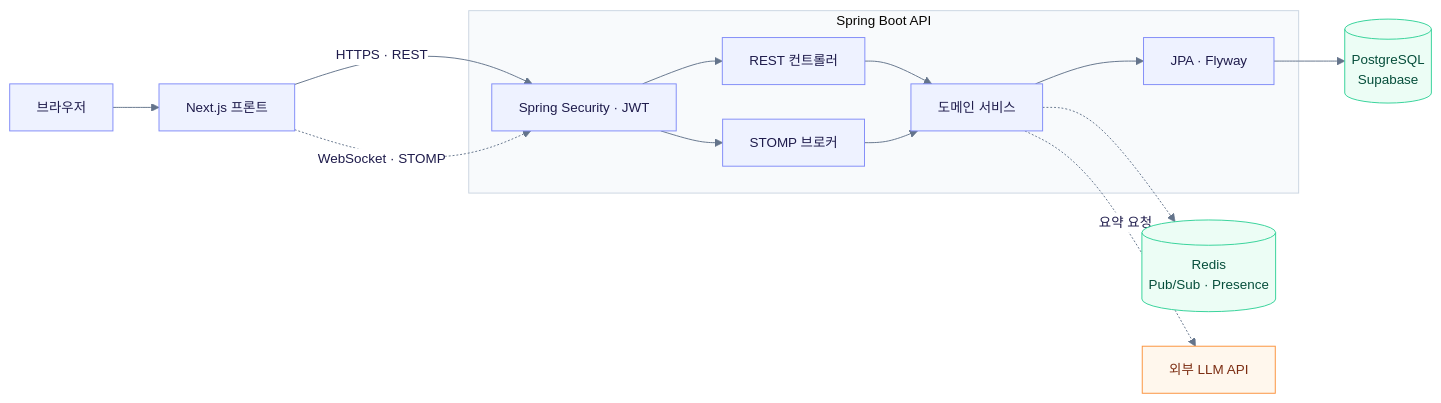
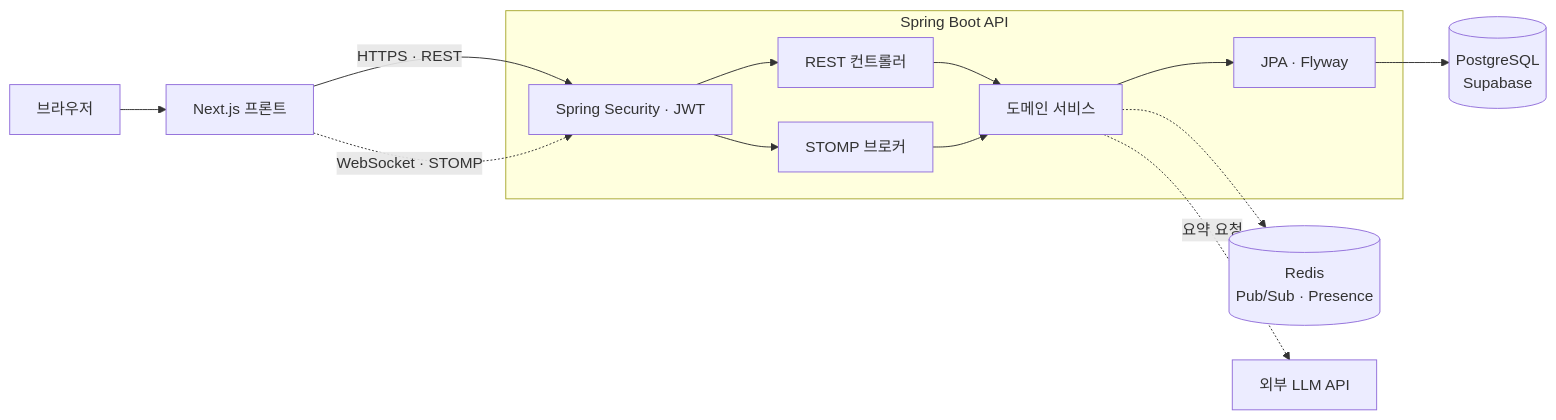
One commit to wjsgusdn12/naverworks_clone_api changed the first of 15 diagrams in README.md. Above: the diagram before and after it, drawn with Mermaid. The commit also changed other lines of this file and 26 other files, not shown here.

````diff
--- a/README.md
+++ b/README.md
@@ -27,8 +27,6 @@
 ```mermaid
 ---
 config:
-  theme: base
-  fontFamily: "Pretendard, Malgun Gothic, Apple SD Gothic Neo, Noto Sans KR, sans-serif"
   markdownAutoWrap: false
   flowchart:
     curve: basis
@@ -36,47 +34,6 @@
     nodeSpacing: 36
     rankSpacing: 48
     wrappingWidth: 800
-  themeVariables:
-    fontSize: 14px
-    primaryColor: "#eef2ff"
-    primaryTextColor: "#1e1b4b"
-    primaryBorderColor: "#818cf8"
-    secondaryColor: "#f0f9ff"
-    secondaryBorderColor: "#7dd3fc"
-    tertiaryColor: "#f8fafc"
-    tertiaryBorderColor: "#cbd5e1"
-    lineColor: "#64748b"
-    textColor: "#1e293b"
-    clusterBkg: "#f8fafc"
-    clusterBorder: "#cbd5e1"
-    edgeLabelBackground: "#ffffff"
-    nodeBorder: "#818cf8"
-    mainBkg: "#eef2ff"
-    actorBkg: "#eef2ff"
-    actorBorder: "#818cf8"
-    actorTextColor: "#1e1b4b"
-    actorLineColor: "#cbd5e1"
-    signalColor: "#334155"
-    signalTextColor: "#334155"
-    labelBoxBkgColor: "#f1f5f9"
-    labelBoxBorderColor: "#cbd5e1"
-    noteBkgColor: "#fef3c7"
-    noteBorderColor: "#fbbf24"
-    noteTextColor: "#78350f"
-    activationBkgColor: "#e0e7ff"
-    activationBorderColor: "#818cf8"
-    cScale0: "#6366f1"
-    cScale1: "#0ea5e9"
-    cScale2: "#10b981"
-    cScale3: "#f59e0b"
-    cScale4: "#ec4899"
-    cScaleLabel0: "#ffffff"
-    cScaleLabel1: "#ffffff"
-    cScaleLabel2: "#ffffff"
-    cScaleLabel3: "#ffffff"
-    cScaleLabel4: "#ffffff"
-    attributeBackgroundColorEven: "#f8fafc"
-    attributeBackgroundColorOdd: "#ffffff"
 ---
 flowchart LR
     Browser["브라우저"]
@@ -100,11 +57,4 @@
     Service --> JPA --> DB
     Service -.-> Redis
     Service -.->|"요약 요청"| LLM
-    classDef external fill:#fff7ed,stroke:#fb923c,color:#7c2d12
-    class LLM external
-    classDef store fill:#ecfdf5,stroke:#34d399,color:#064e3b
-    classDef external fill:#fff7ed,stroke:#fb923c,color:#7c2d12
-    classDef focus fill:#4f46e5,stroke:#4338ca,color:#ffffff,font-weight:bold
-    class DB,Redis store
-    class LLM external
 ```
````
